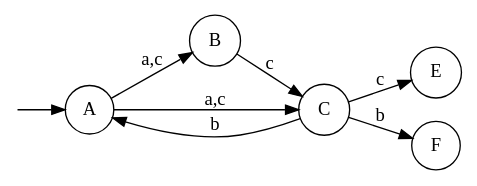
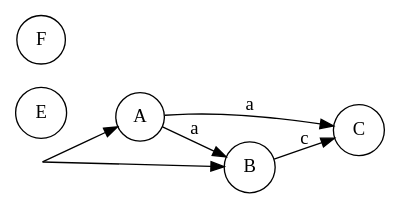
Before and after one commit to AmineElBiydi/Automate: the diagram in output/test1.dot, drawn with Graphviz. The commit also changed 5 other files, not shown here.

```diff
--- a/output/test1.dot
+++ b/output/test1.dot
@@ -1,12 +1,10 @@
 digraph Automate {
     rankdir=LR;
     node[shape=point, width=0];start;
     node[shape=circle]A,B,C,E,F;   
     node[shape=doublecircle]E,F;
-    start->A;
-    A->B,C [label="a,c"];
+    start->A,B;
+    A->B,C [label="a"];
     B->C [label="c"];
-    C->A [label="b"];
-    C->E [label="c"];
-    C->F [label="b"];
+ 
 }
```
